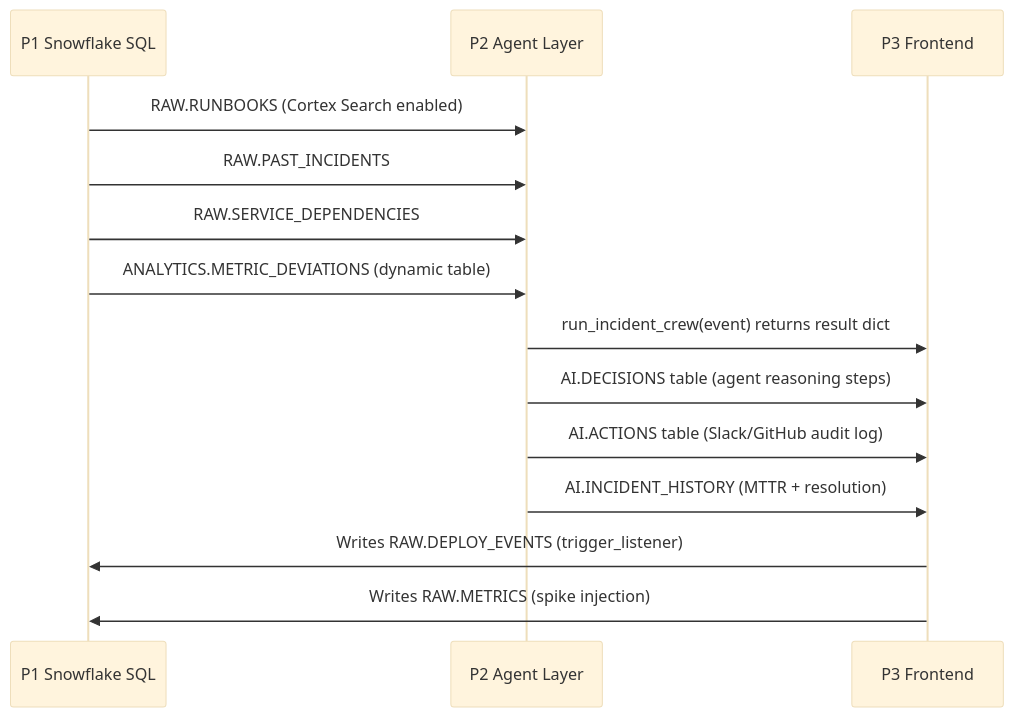
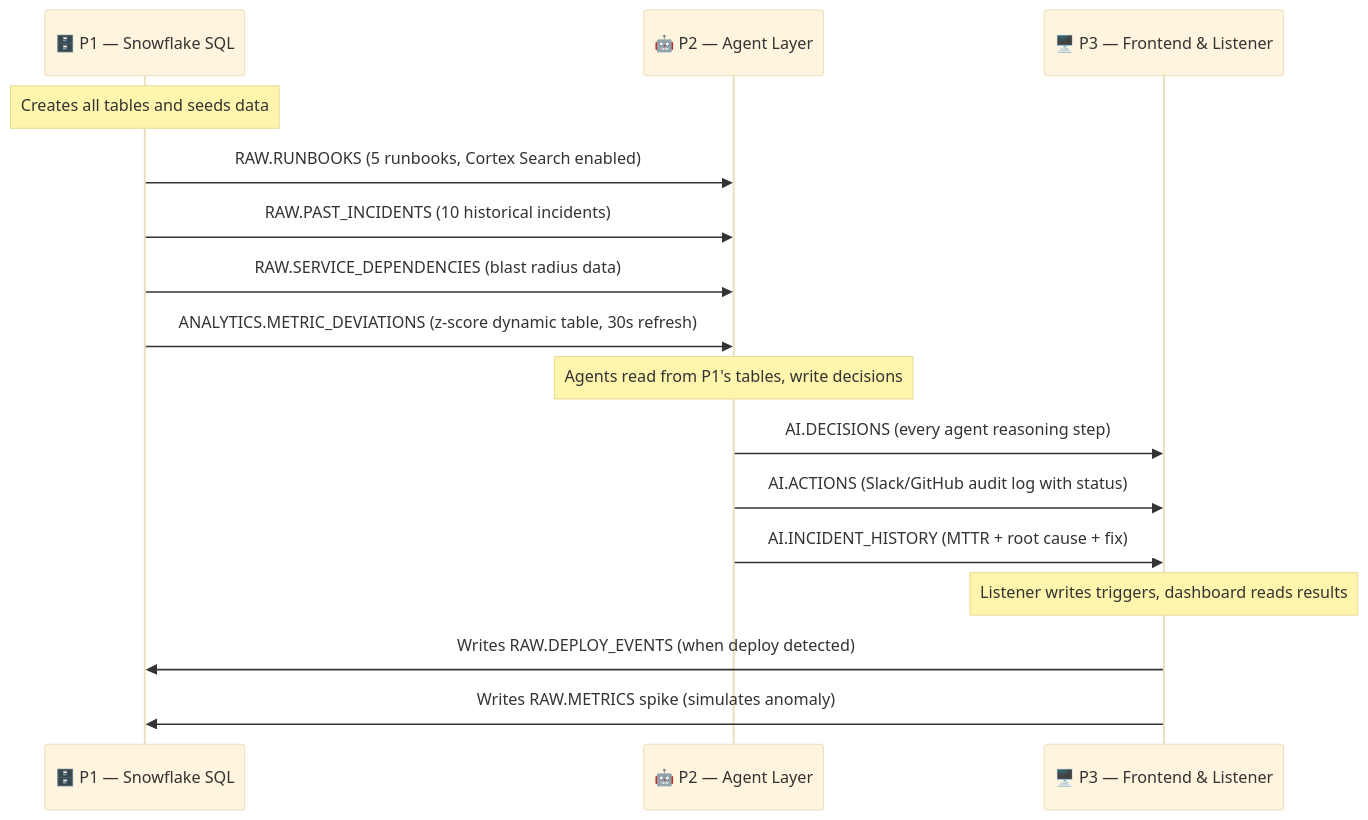
Before and after one commit to theshubh007/IncidentDNA: the sixth of 6 diagrams in ARCHITECTURE.md, drawn with Mermaid (base theme). The commit also changed other lines of this file, not shown here.

First line of the commit message:
docs: rewrite ARCHITECTURE.md with beginner-friendly explanations

````diff
--- a/ARCHITECTURE.md
+++ b/ARCHITECTURE.md
@@ -336,19 +425,24 @@
 ```mermaid
 sequenceDiagram
-    participant P1 as P1 Snowflake SQL
-    participant P2 as P2 Agent Layer
-    participant P3 as P3 Frontend
+    participant P1 as 🗄️ P1 — Snowflake SQL
+    participant P2 as 🤖 P2 — Agent Layer
+    participant P3 as 🖥️ P3 — Frontend & Listener
 
-    P1->>P2: RAW.RUNBOOKS (Cortex Search enabled)
-    P1->>P2: RAW.PAST_INCIDENTS
-    P1->>P2: RAW.SERVICE_DEPENDENCIES
-    P1->>P2: ANALYTICS.METRIC_DEVIATIONS (dynamic table)
+    Note over P1: Creates all tables and seeds data
 
-    P2->>P3: run_incident_crew(event) returns result dict
-    P2->>P3: AI.DECISIONS table (agent reasoning steps)
-    P2->>P3: AI.ACTIONS table (Slack/GitHub audit log)
-    P2->>P3: AI.INCIDENT_HISTORY (MTTR + resolution)
+    P1->>P2: RAW.RUNBOOKS (5 runbooks, Cortex Search enabled)
+    P1->>P2: RAW.PAST_INCIDENTS (10 historical incidents)
+    P1->>P2: RAW.SERVICE_DEPENDENCIES (blast radius data)
+    P1->>P2: ANALYTICS.METRIC_DEVIATIONS (z-score dynamic table, 30s refresh)
 
-    P3->>P1: Writes RAW.DEPLOY_EVENTS (trigger_listener)
-    P3->>P1: Writes RAW.METRICS (spike injection)
+    Note over P2: Agents read from P1's tables, write decisions
+
+    P2->>P3: AI.DECISIONS (every agent reasoning step)
+    P2->>P3: AI.ACTIONS (Slack/GitHub audit log with status)
+    P2->>P3: AI.INCIDENT_HISTORY (MTTR + root cause + fix)
+
+    Note over P3: Listener writes triggers, dashboard reads results
+
+    P3->>P1: Writes RAW.DEPLOY_EVENTS (when deploy detected)
+    P3->>P1: Writes RAW.METRICS spike (simulates anomaly)
 ```
````
